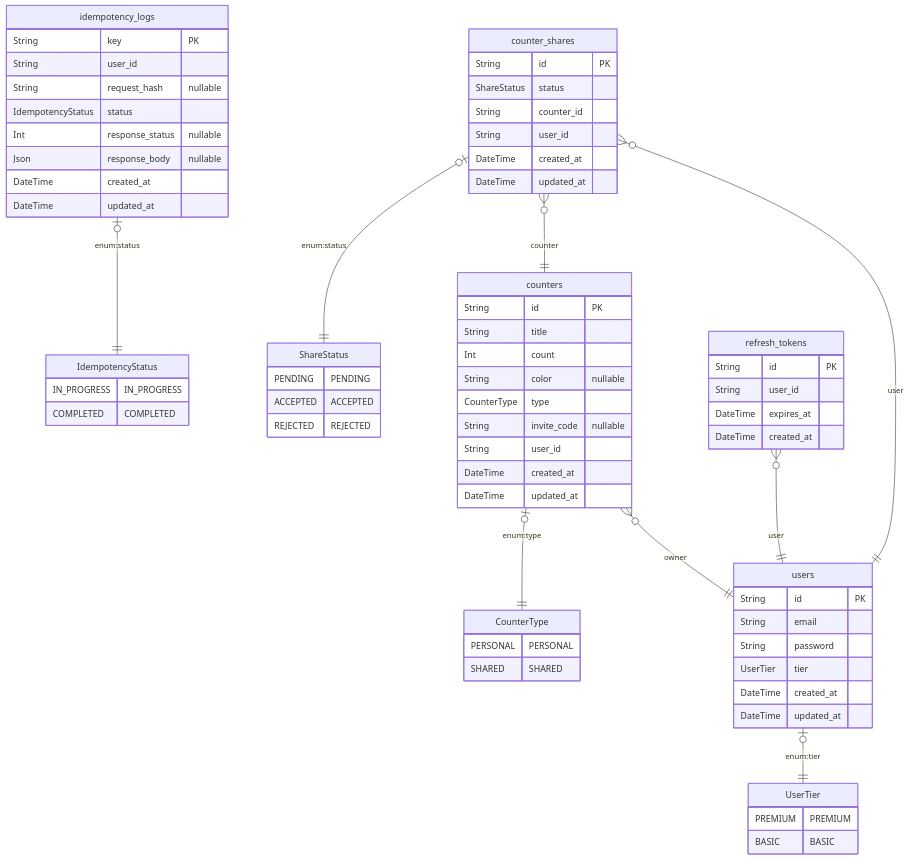
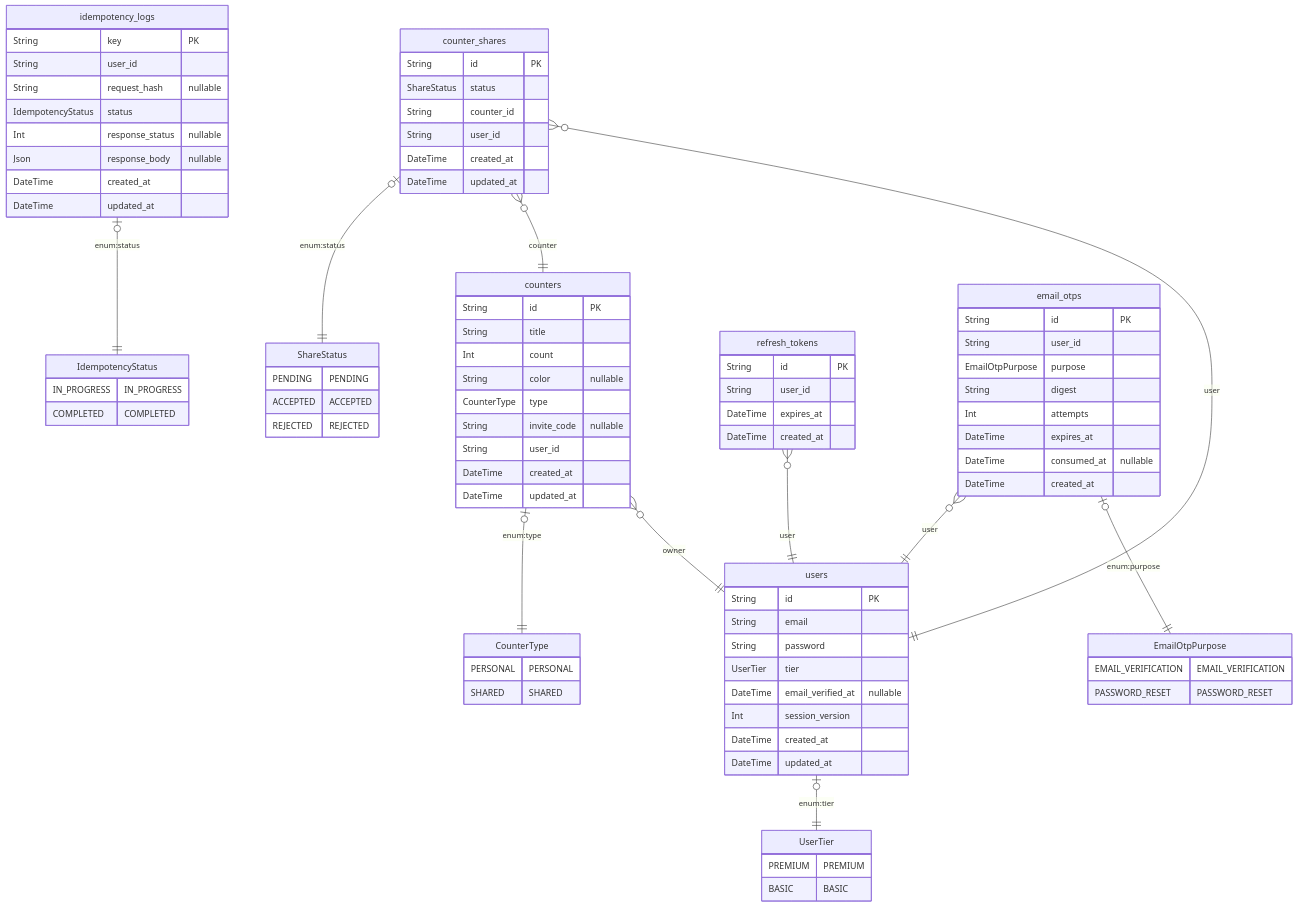
The diagram in docs/diagrams/architecture/ERD.md (michaelgreenl/tally-tracker), drawn with Mermaid before and after one commit. The commit also changed 35 other files, not shown here.

Commit message:
feat(auth): add email verification and password reset

````diff
--- a/docs/diagrams/architecture/ERD.md
+++ b/docs/diagrams/architecture/ERD.md
@@ -21,6 +21,12 @@
 COMPLETED COMPLETED
         }
     
+
+
+        EmailOtpPurpose {
+            EMAIL_VERIFICATION EMAIL_VERIFICATION
+PASSWORD_RESET PASSWORD_RESET
+        }
 
 
         UserTier {
@@ -71,11 +77,24 @@
     }
   
 
+  "email_otps" {
+    String id "PK"
+    String user_id
+    EmailOtpPurpose purpose
+    String digest
+    Int attempts
+    DateTime expires_at
+    DateTime consumed_at "nullable"
+    DateTime created_at
+    }
+
   "users" {
     String id "PK"
     String email 
     String password 
     UserTier tier 
+    DateTime email_verified_at "nullable"
+    Int session_version
     DateTime created_at 
     DateTime updated_at 
     }
@@ -87,5 +106,7 @@
     "counter_shares" }o--|| users : "user"
     "idempotency_logs" |o--|| "IdempotencyStatus" : "enum:status"
     "refresh_tokens" }o--|| users : "user"
+    "email_otps" }o--|| users : "user"
+    "email_otps" |o--|| "EmailOtpPurpose" : "enum:purpose"
     "users" |o--|| "UserTier" : "enum:tier"
 ```
````
